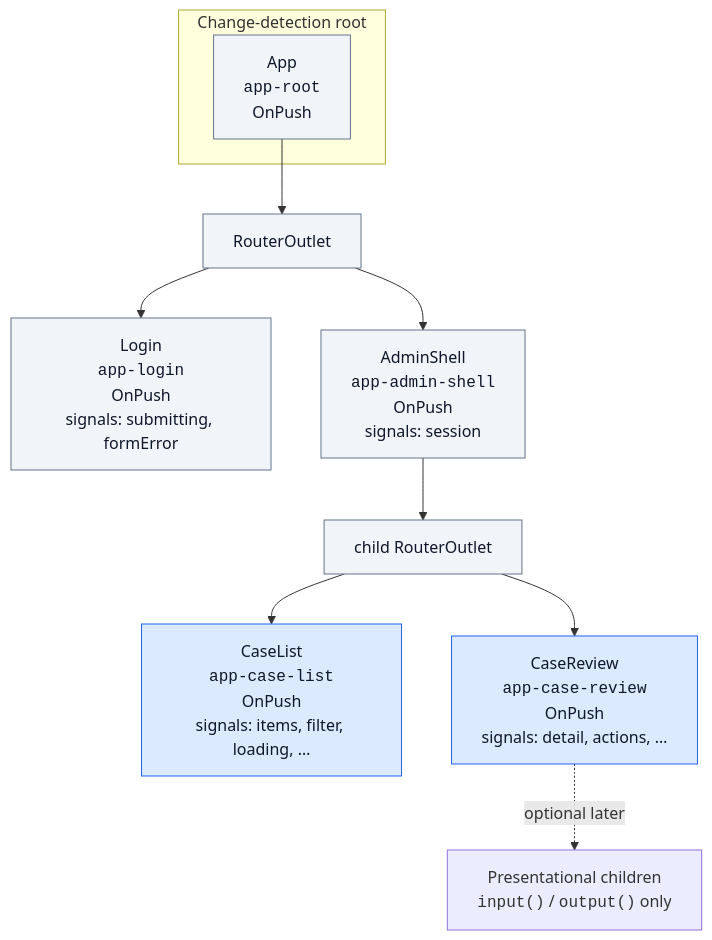
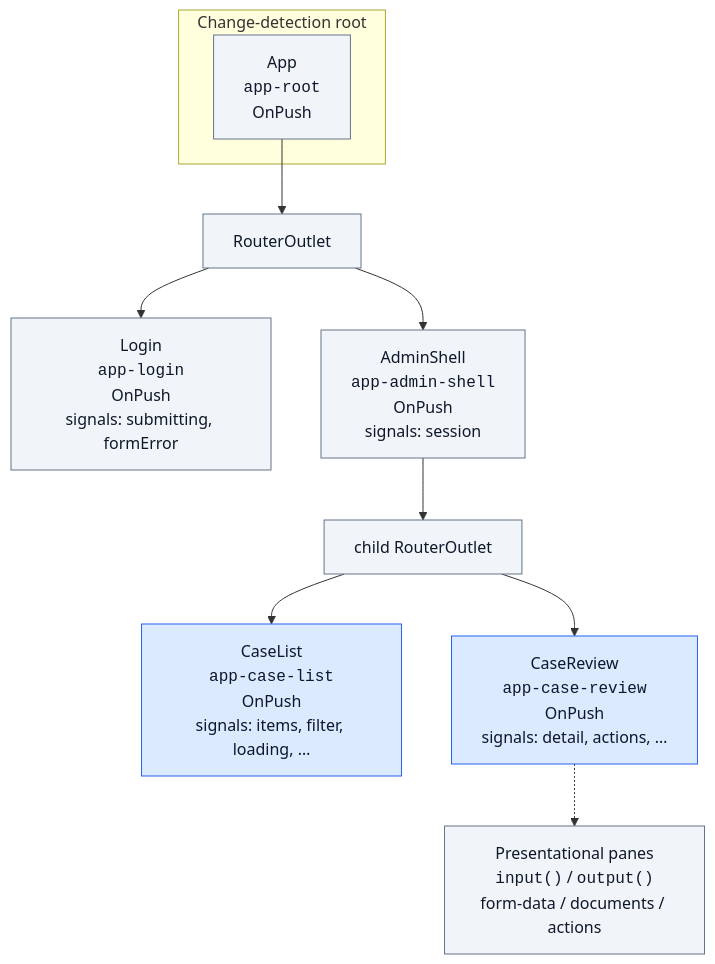
The diagram in docs/frontend-code-standards.md (SDS37/kyc-multi-frontend), drawn with Mermaid before and after one commit. The commit also changed other lines of this file and 19 other files, not shown here.

First line of the commit message:
feat(angular): KYC-065 review Signal Form, rxResource, panes (#97)

````diff
--- a/docs/frontend-code-standards.md
+++ b/docs/frontend-code-standards.md
@@ -232,22 +232,22 @@
 ```mermaid
 flowchart TB
   subgraph root["Change-detection root"]
     App["App<br/><code>app-root</code><br/>OnPush"]
   end
 
   App --> Outlet["RouterOutlet"]
 
   Outlet --> Login["Login<br/><code>app-login</code><br/>OnPush<br/>signals: submitting, formError"]
   Outlet --> Shell["AdminShell<br/><code>app-admin-shell</code><br/>OnPush<br/>signals: session"]
 
   Shell --> ShellOutlet["child RouterOutlet"]
   ShellOutlet --> CaseList["CaseList<br/><code>app-case-list</code><br/>OnPush<br/>signals: items, filter, loading, …"]
   ShellOutlet --> CaseReview["CaseReview<br/><code>app-case-review</code><br/>OnPush<br/>signals: detail, actions, …"]
 
-  CaseReview -.->|"optional later"| Presentational["Presentational children<br/><code>input()</code> / <code>output()</code> only"]
+  CaseReview -.-> Presentational["Presentational panes<br/><code>input()</code> / <code>output()</code><br/>form-data / documents / actions"]
 
   classDef dirty fill:#dbeafe,stroke:#2563eb,color:#0f172a
   classDef idle fill:#f1f5f9,stroke:#64748b,color:#0f172a
   class CaseList,CaseReview dirty
-  class App,Login,Outlet,Shell,ShellOutlet idle
+  class App,Login,Outlet,Shell,ShellOutlet,Presentational idle
 ```
````
